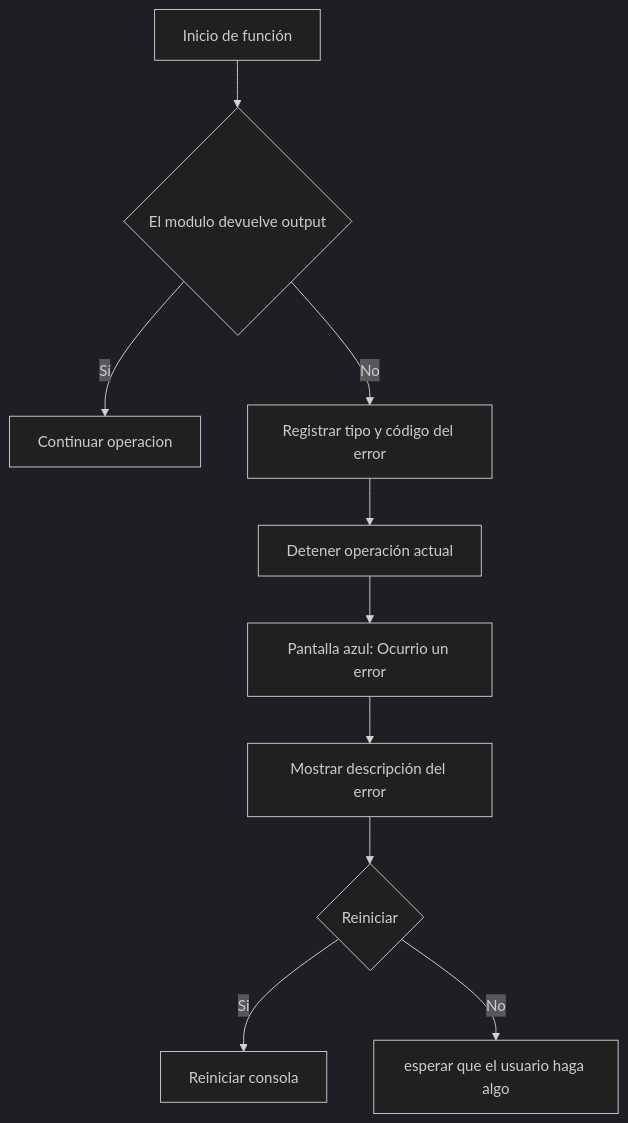
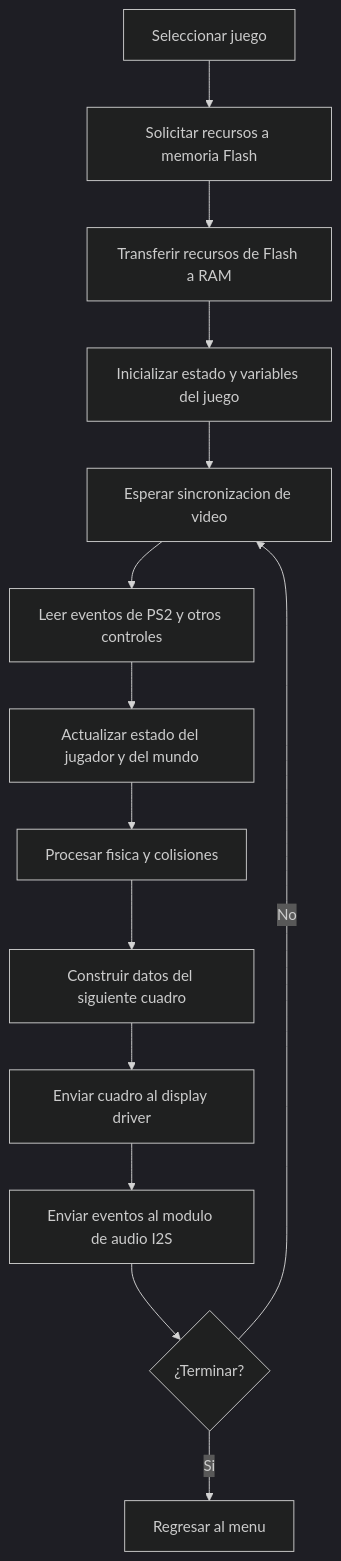
The third of 4 diagrams in Readme.md (JavierGONL/Electroinca_Digital_1_hmwrk_1), drawn with Mermaid (dark theme) before and after one commit. The commit also changed other lines of this file, not shown here.

````diff
--- a/Readme.md
+++ b/Readme.md
@@ -76,12 +85,16 @@
 ```mermaid
 flowchart TD
-    A[Inicio de función] --> B{El modulo devuelve output}
-    B -->|Sí| C[Continuar operacion]
-    B -->|No| D[Registrar tipo y código del error]
-    D --> E[Detener operación actual]
-    E --> F[Pantalla azul: Ocurrio un error]
-    F --> G[Mostrar descripción del error]
-    G --> H{Reiniciar}
-    H -->|Si| I[Reiniciar consola]
-    H -->|No| J[esperar que el usuario haga algo]
+    A[Seleccionar juego] --> B[Solicitar recursos a memoria Flash]
+    B --> C[Transferir recursos de Flash a RAM]
+    C --> D[Inicializar estado y variables del juego]
+    D --> E[Esperar sincronizacion de video]
+    E --> F[Leer eventos de PS2 y otros controles]
+    F --> G[Actualizar estado del jugador y del mundo]
+    G --> H[Procesar fisica y colisiones]
+    H --> I[Construir datos del siguiente cuadro]
+    I --> J[Enviar cuadro al display driver]
+    J --> K[Enviar eventos al modulo de audio I2S]
+    K --> L{¿Terminar?}
+    L -->|No| E
+    L -->|Si| M[Regresar al menu]
 ```
````
